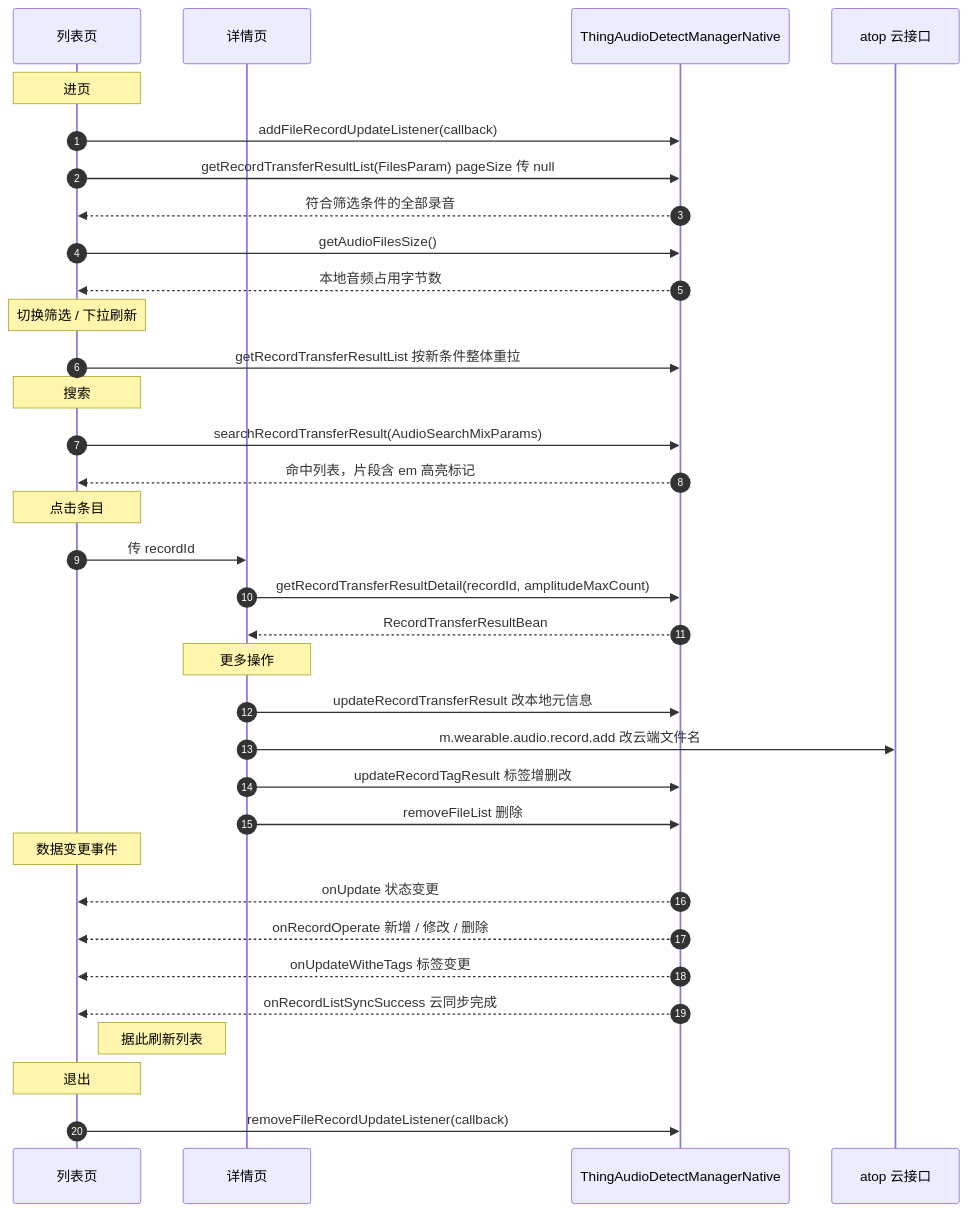
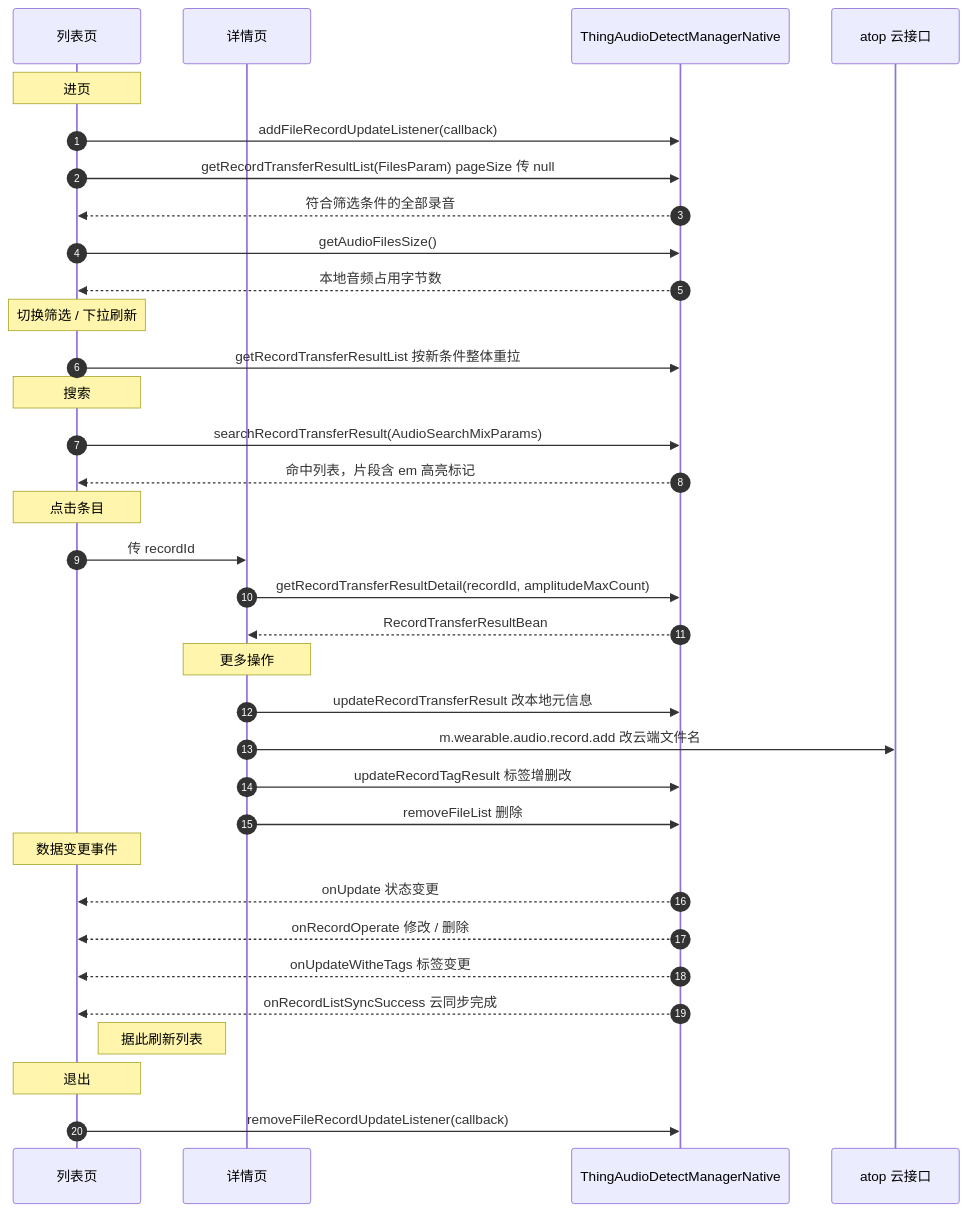
The diagram in docs/modules/module-03-file-management.md (tuya/tuya-aivoice-android-sdk-sample), drawn with Mermaid before and after one commit. The commit also changed other lines of this file and 26 other files, not shown here.

````diff
--- a/docs/modules/module-03-file-management.md
+++ b/docs/modules/module-03-file-management.md
@@ -41,43 +41,43 @@
 ```mermaid
 sequenceDiagram
     autonumber
     participant List as 列表页
     participant Detail as 详情页
     participant SDK as ThingAudioDetectManagerNative
     participant Atop as atop 云接口
 
     Note over List: 进页
     List->>SDK: addFileRecordUpdateListener(callback)
     List->>SDK: getRecordTransferResultList(FilesParam) pageSize 传 null
     SDK-->>List: 符合筛选条件的全部录音
     List->>SDK: getAudioFilesSize()
     SDK-->>List: 本地音频占用字节数
 
     Note over List: 切换筛选 / 下拉刷新
     List->>SDK: getRecordTransferResultList 按新条件整体重拉
 
     Note over List: 搜索
     List->>SDK: searchRecordTransferResult(AudioSearchMixParams)
     SDK-->>List: 命中列表，片段含 em 高亮标记
 
     Note over List: 点击条目
     List->>Detail: 传 recordId
     Detail->>SDK: getRecordTransferResultDetail(recordId, amplitudeMaxCount)
     SDK-->>Detail: RecordTransferResultBean
 
     Note over Detail: 更多操作
     Detail->>SDK: updateRecordTransferResult 改本地元信息
     Detail->>Atop: m.wearable.audio.record.add 改云端文件名
     Detail->>SDK: updateRecordTagResult 标签增删改
     Detail->>SDK: removeFileList 删除
 
     Note over List: 数据变更事件
     SDK-->>List: onUpdate 状态变更
-    SDK-->>List: onRecordOperate 新增 / 修改 / 删除
+    SDK-->>List: onRecordOperate 修改 / 删除
     SDK-->>List: onUpdateWitheTags 标签变更
     SDK-->>List: onRecordListSyncSuccess 云同步完成
     Note right of List: 据此刷新列表
 
     Note over List: 退出
     List->>SDK: removeFileRecordUpdateListener(callback)
 ```
````
